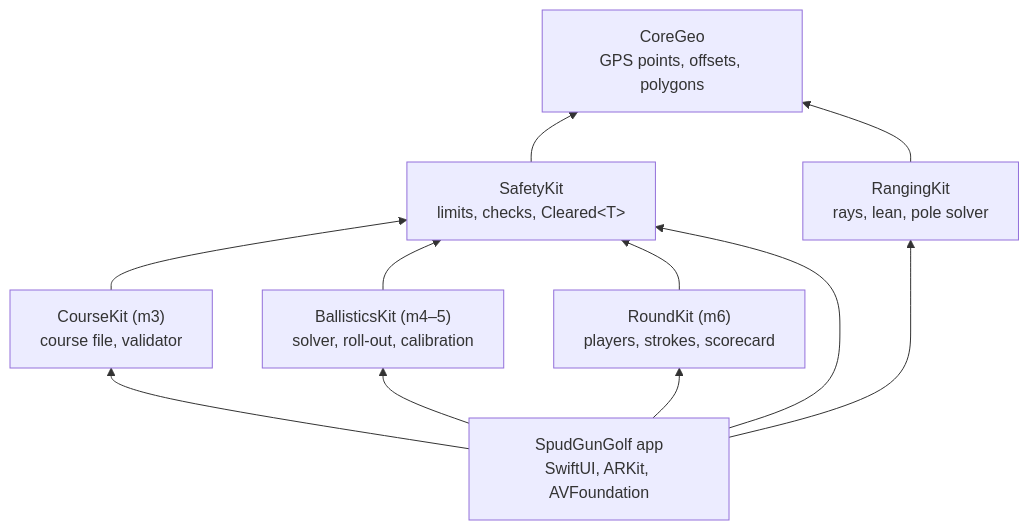
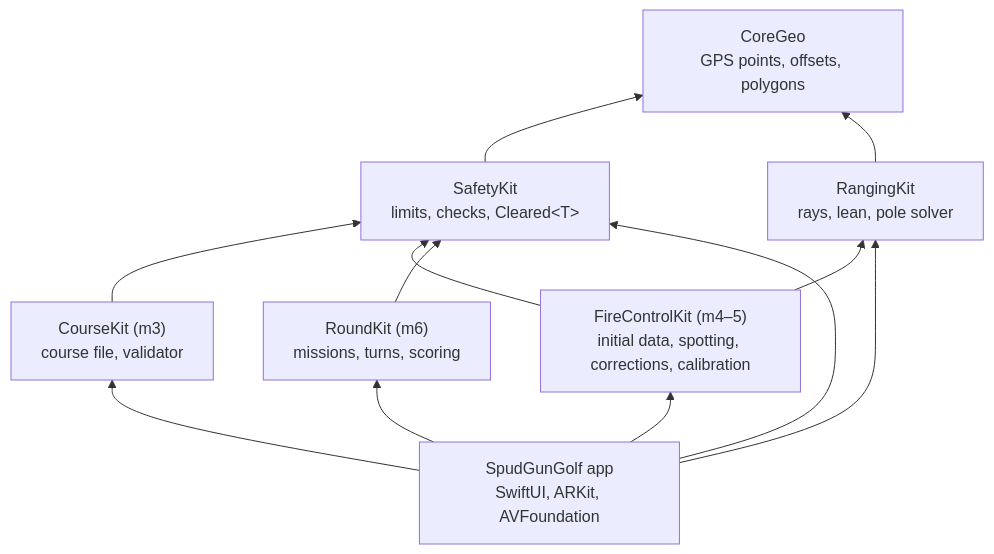
One commit to zacharyelston/BackyardBallistics changed the first of 2 diagrams in docs/ARCHITECTURE.md. Above: the diagram before and after it, drawn with Mermaid. The commit also changed other lines of this file and 7 other files, not shown here.

First line of the commit message:
Fire missions as the core rule; downrange play optional

````diff
--- a/docs/ARCHITECTURE.md
+++ b/docs/ARCHITECTURE.md
@@ -7,20 +7,21 @@
 ```mermaid
 graph BT
   CoreGeo["CoreGeo<br/>GPS points, offsets, polygons"]
   SafetyKit["SafetyKit<br/>limits, checks, Cleared&lt;T&gt;"]
   RangingKit["RangingKit<br/>rays, lean, pole solver"]
   CourseKit["CourseKit (m3)<br/>course file, validator"]
-  BallisticsKit["BallisticsKit (m4–5)<br/>solver, roll-out, calibration"]
-  RoundKit["RoundKit (m6)<br/>players, strokes, scorecard"]
+  FireControlKit["FireControlKit (m4–5)<br/>initial data, spotting, corrections, calibration"]
+  RoundKit["RoundKit (m6)<br/>missions, turns, scoring"]
   App["SpudGunGolf app<br/>SwiftUI, ARKit, AVFoundation"]
   SafetyKit --> CoreGeo
   RangingKit --> CoreGeo
   CourseKit --> SafetyKit
-  BallisticsKit --> SafetyKit
+  FireControlKit --> SafetyKit
+  FireControlKit --> RangingKit
   RoundKit --> SafetyKit
   App --> RangingKit
   App --> SafetyKit
   App --> CourseKit
-  App --> BallisticsKit
+  App --> FireControlKit
   App --> RoundKit
 ```
````
